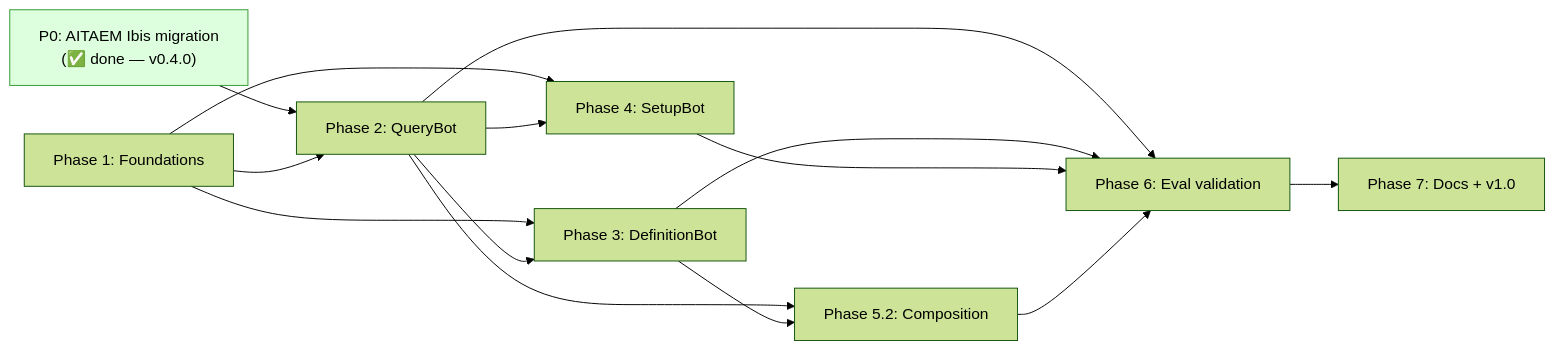
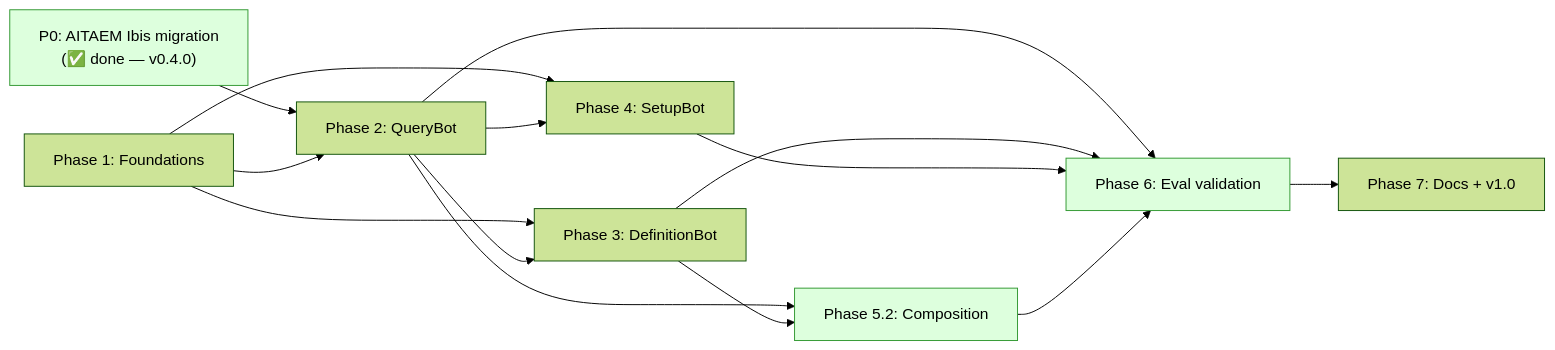
The diagram in plans/agent_module/08-implementation-order.md (chaturv3di/aitaem), drawn with Mermaid (forest theme) before and after one commit. The commit also changed other lines of this file and 20 other files, not shown here.

````diff
--- a/plans/agent_module/08-implementation-order.md
+++ b/plans/agent_module/08-implementation-order.md
@@ -257,17 +261,17 @@
 ```mermaid
 flowchart LR
     P0["P0: AITAEM Ibis migration<br/>(✅ done — v0.4.0)"]:::done --> P2
     P1[Phase 1: Foundations] --> P2
     P1 --> P3
     P1 --> P4
     P2[Phase 2: QueryBot] --> P3[Phase 3: DefinitionBot]
     P2 --> P4[Phase 4: SetupBot]
-    P2 --> P5[Phase 5.2: Composition]
+    P2 --> P5[Phase 5.2: Composition]:::done
     P3 --> P5
-    P2 --> P6[Phase 6: Eval validation]
+    P2 --> P6[Phase 6: Eval validation]:::done
     P3 --> P6
     P4 --> P6
     P5 --> P6
     P6 --> P7[Phase 7: Docs + v1.0]
     classDef done fill:#dfd,stroke:#393
 ```
````
